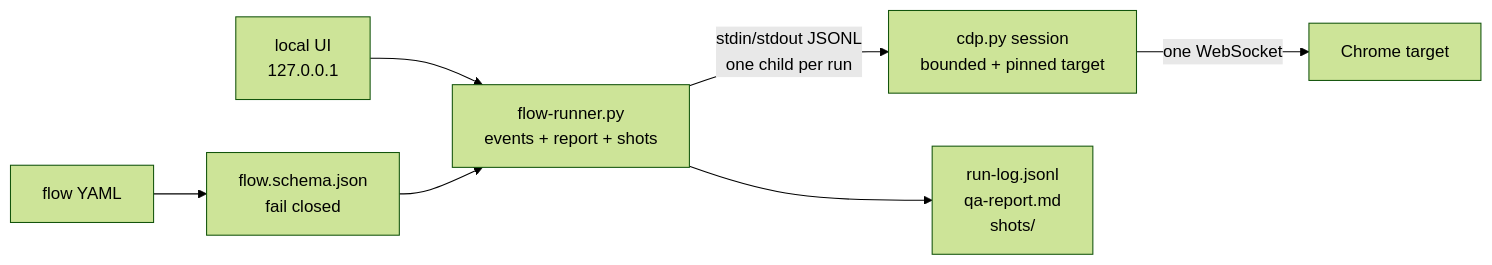
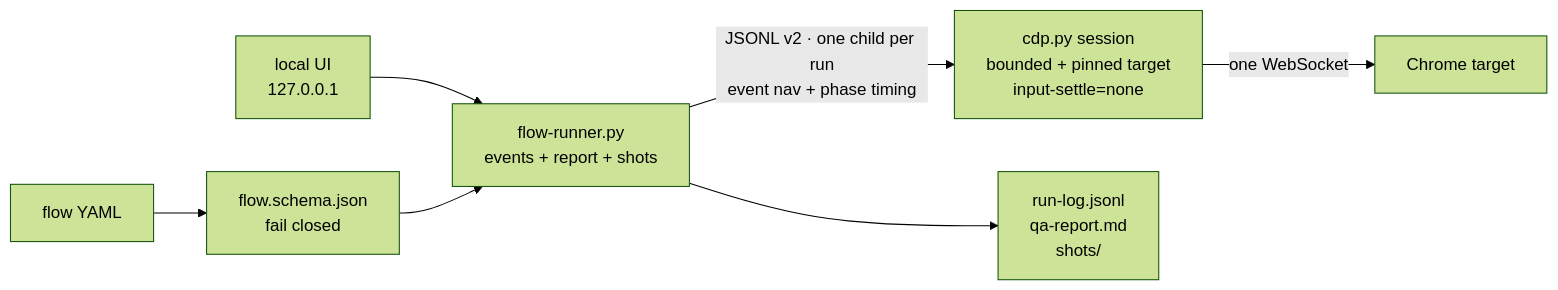
One commit to Teibto/teibto-browser-qa changed the second of 6 diagrams in docs/ARCHITECTURE.md. Above: the diagram before and after it, drawn with Mermaid (forest theme). The commit also changed other lines of this file and 14 other files, not shown here.

````diff
--- a/docs/ARCHITECTURE.md
+++ b/docs/ARCHITECTURE.md
@@ -51,9 +51,9 @@
 ```mermaid
 flowchart LR
     yaml["flow YAML"] --> schema["flow.schema.json<br/>fail closed"]
     ui["local UI<br/>127.0.0.1"] --> runner
     schema --> runner["flow-runner.py<br/>events + report + shots"]
-    runner -->|"stdin/stdout JSONL<br/>one child per run"| session["cdp.py session<br/>bounded + pinned target"]
+    runner -->|"JSONL v2 · one child per run<br/>event nav + phase timing"| session["cdp.py session<br/>bounded + pinned target<br/>input-settle=none"]
     session -->|"one WebSocket"| chrome["Chrome target"]
     runner --> artifacts["run-log.jsonl<br/>qa-report.md<br/>shots/"]
 ```
````
